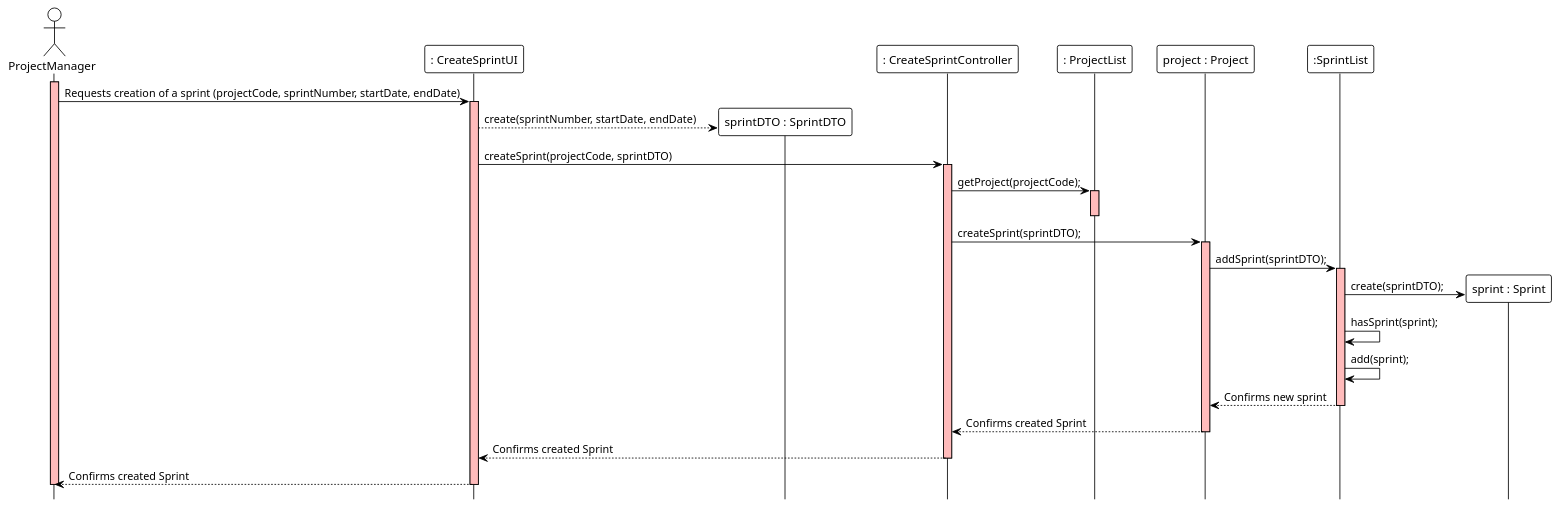
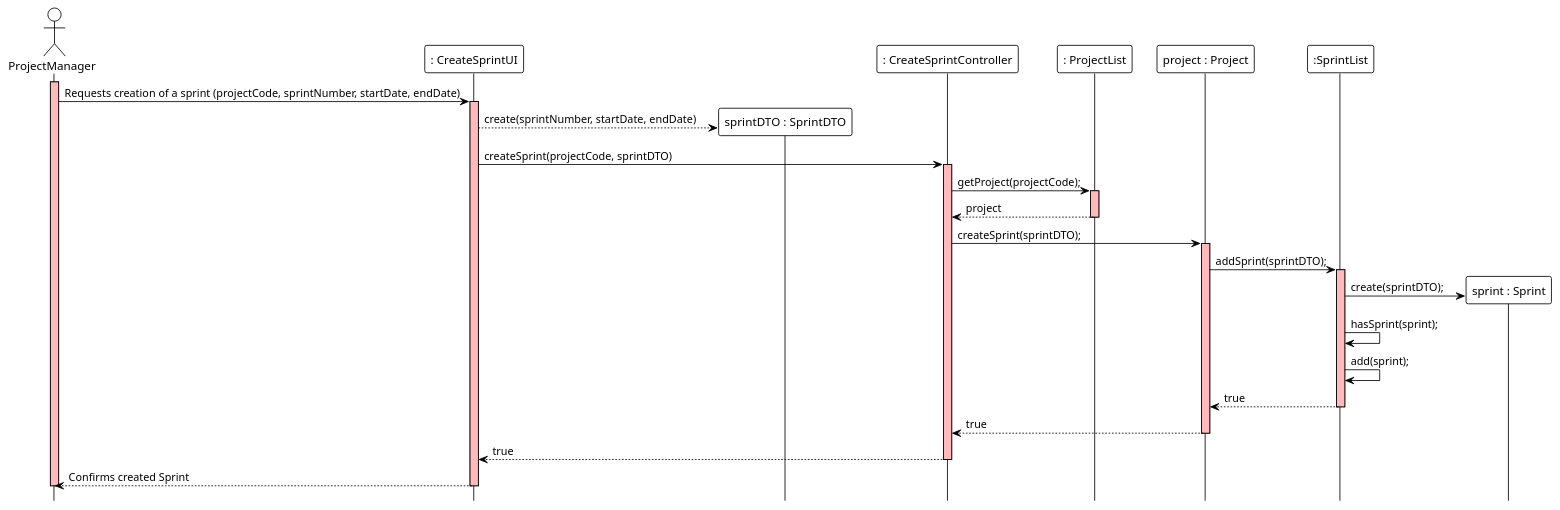
One commit to ivo-menezes/project_g3 changed the diagram in docs/modelling_design/user_stories/us019/US019_CreateSprintSD.puml. Above: the diagram before and after it, drawn with PlantUML.

Commit message:
US019: Design: Updated SD.

```diff
--- a/docs/modelling_design/user_stories/us019/US019_CreateSprintSD.puml
+++ b/docs/modelling_design/user_stories/us019/US019_CreateSprintSD.puml
@@ -1,47 +1,48 @@
 @startuml
 !theme plain
 hide footbox
 
 actor ProjectManager as User
 participant ": CreateSprintUI" as UI
 participant "sprintDTO : SprintDTO" as DTO
 participant ": CreateSprintController" as Controller
 participant ": ProjectList" as ProjectList
 participant "project : Project" as Project
 participant ":SprintList" as SprintList
 participant "sprint : Sprint" as Sprint
 
 activate User #FFBBBB
 User ->  UI: Requests creation of a sprint (projectCode, sprintNumber, startDate, endDate)
 
 activate UI #FFBBBB
 UI --> DTO **: create(sprintNumber, startDate, endDate)
 UI -> Controller: createSprint(projectCode, sprintDTO)
 activate Controller #FFBBBB
 
 Controller -> ProjectList: getProject(projectCode);
 activate ProjectList #FFBBBB
+ProjectList --> Controller: project
 deactivate ProjectList
 Controller -> Project: createSprint(sprintDTO);
 activate Project #FFBBBB
 
 Project -> SprintList: addSprint(sprintDTO);
 activate SprintList #FFBBBB
 
 SprintList -> Sprint **: create(sprintDTO);
 SprintList -> SprintList: hasSprint(sprint);
 SprintList -> SprintList: add(sprint);
 
-SprintList --> Project: Confirms new sprint
+SprintList --> Project: true
 deactivate SprintList
 
-Project --> Controller: Confirms created Sprint
+Project --> Controller: true
 deactivate Project
 
-Controller --> UI : Confirms created Sprint
+Controller --> UI : true
 deactivate Controller
 
 UI --> User: Confirms created Sprint
 deactivate UI
 deactivate User #FFBBBB
 @enduml
```
